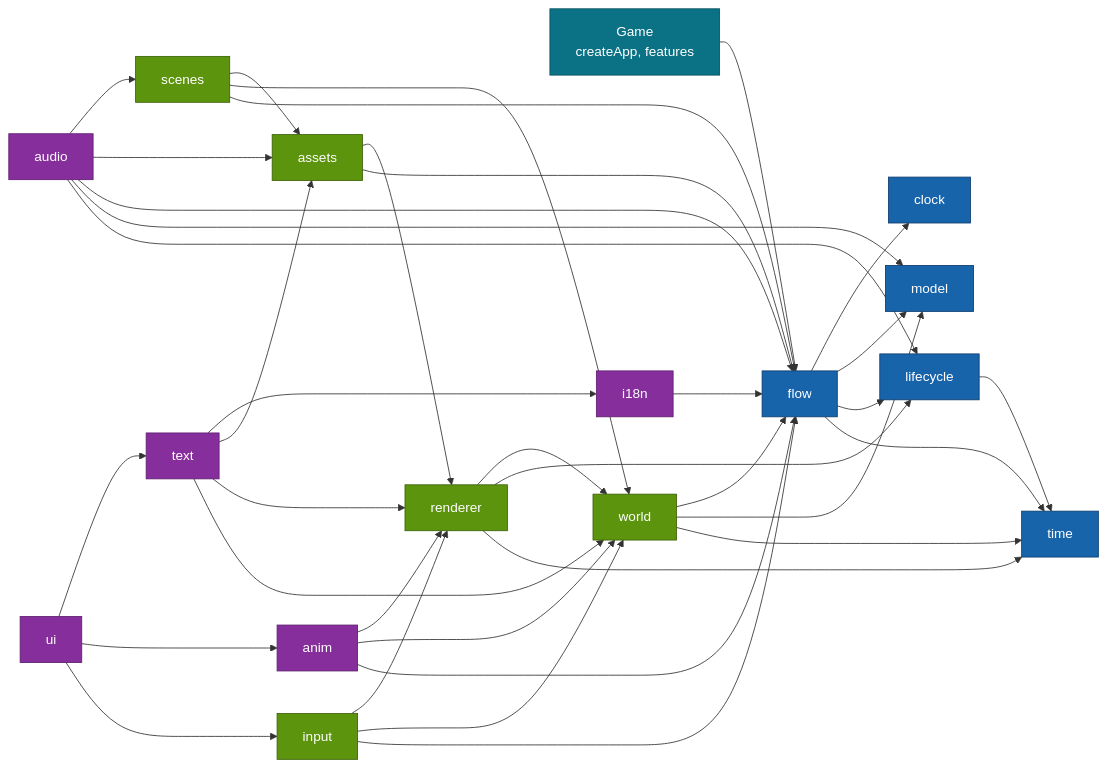
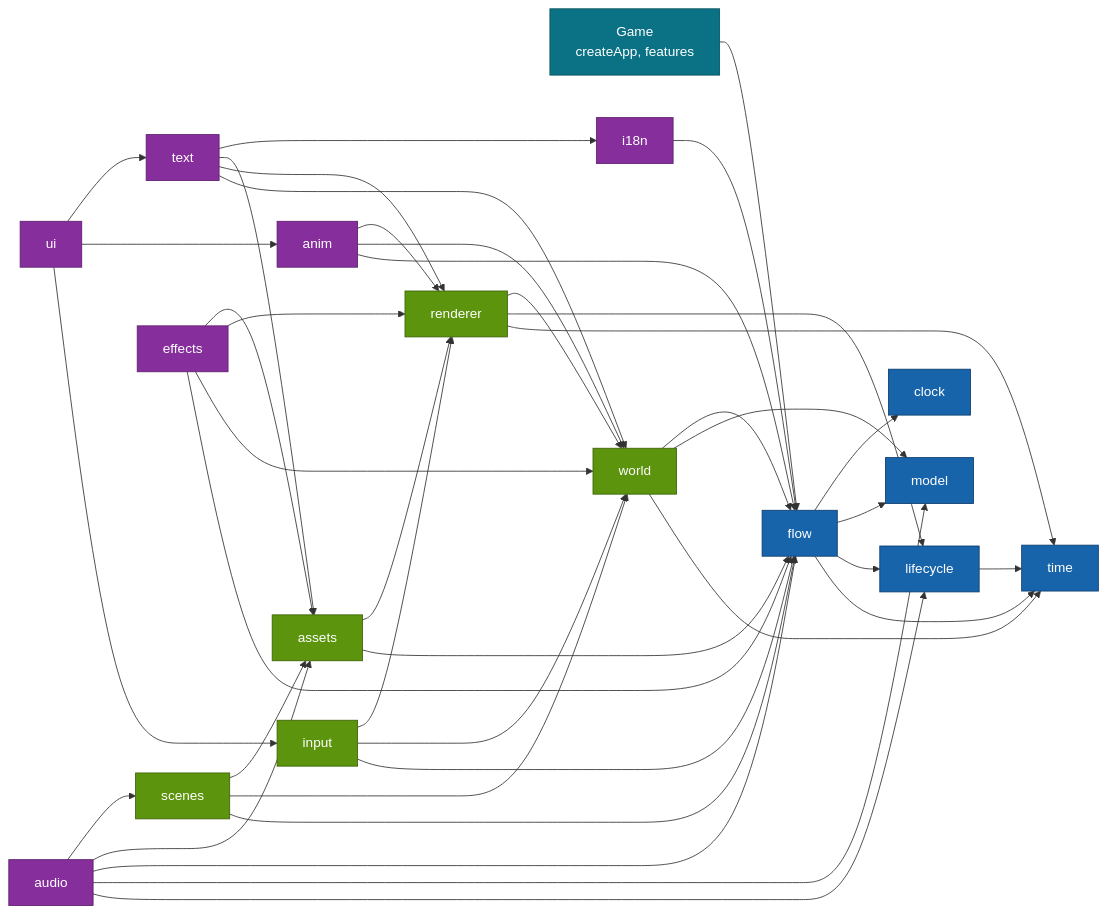
Before and after one commit to moku-labs/game: the second of 2 diagrams in README.md, drawn with Mermaid. The commit also changed other lines of this file and 28 other files, not shown here.

````diff
--- a/README.md
+++ b/README.md
@@ -250,47 +251,51 @@
 ```mermaid
 flowchart LR
   G["Game<br/>createApp, features"] --> F["flow"]
   F --> T["time"]
   F --> L["lifecycle"]
   F --> M["model"]
   F --> C["clock"]
   L --> T
   W["world"] --> T
   W --> M
   W --> F
   R["renderer"] --> T
   R --> L
   R --> W
   I["input"] --> F
   I --> W
   I --> R
   A["assets"] --> F
   A --> R
   S["scenes"] --> F
   S --> W
   S --> A
   AN["anim"] --> F
   AN --> W
   AN --> R
   N["i18n"] --> F
   X["text"] --> W
   X --> R
   X --> A
   X --> N
   U["ui"] --> I
   U --> AN
   U --> X
   AU["audio"] --> L
   AU --> M
   AU --> F
   AU --> A
   AU --> S
+  EF["effects"] --> F
+  EF --> W
+  EF --> R
+  EF --> A
   classDef u fill:#0b7285,stroke:#08525f,color:#fff;
   classDef m fill:#1864ab,stroke:#0d3d6e,color:#fff;
   classDef s fill:#5c940d,stroke:#3d6208,color:#fff;
   classDef v fill:#862e9c,stroke:#5f1f70,color:#fff;
   class G u
   class F,T,L,M,C m
   class W,R,I,A,S s
-  class AN,N,X,U,AU v
+  class AN,N,X,U,AU,EF v
 ```
````
